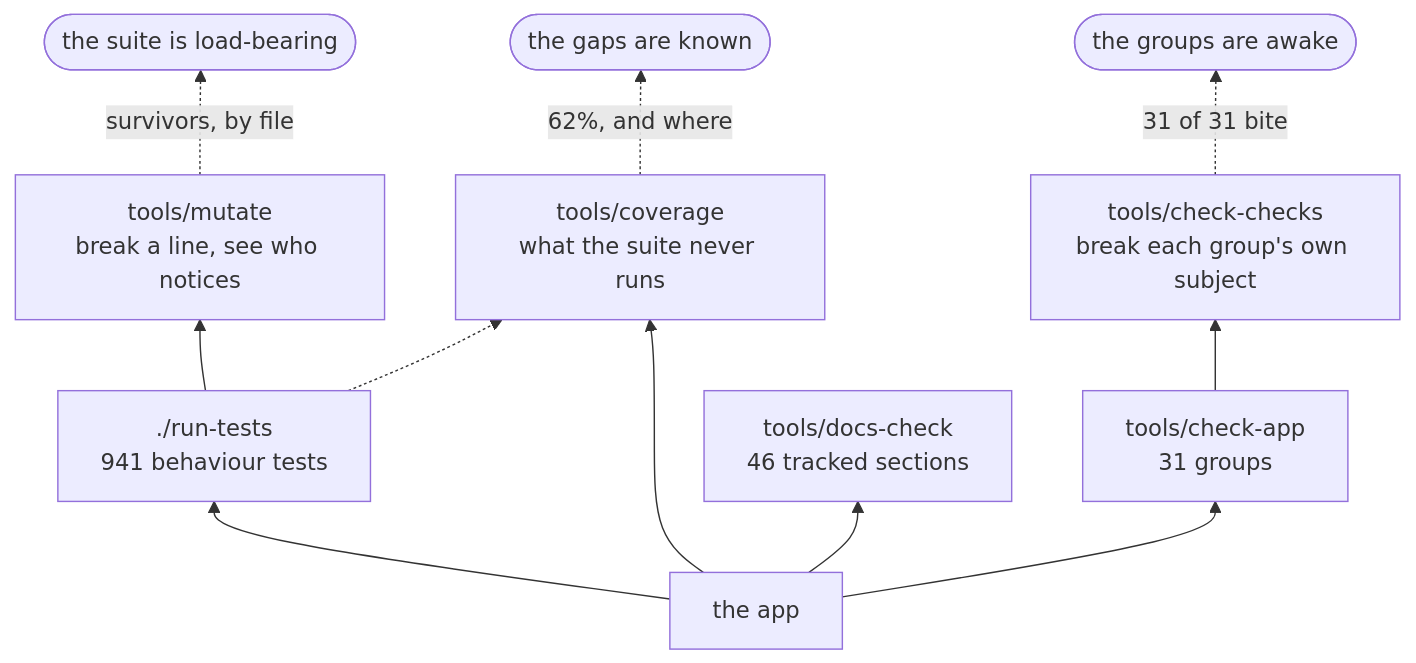
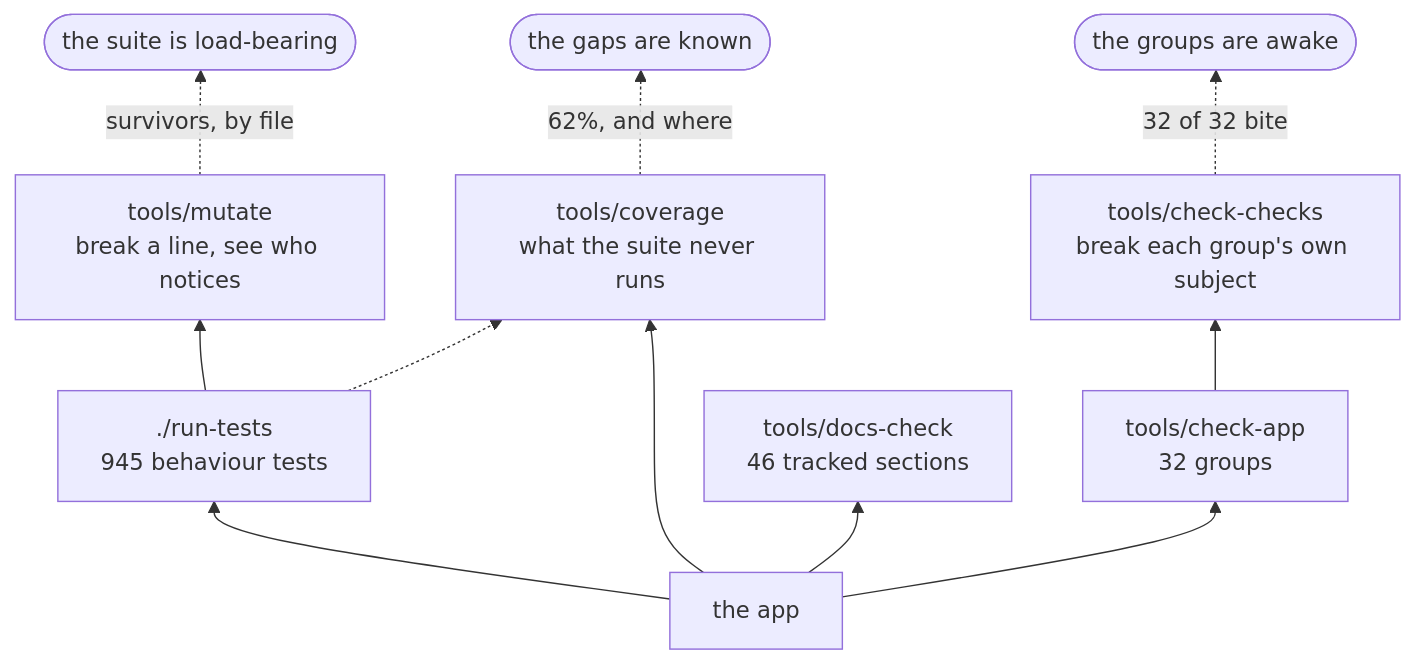
The second of 3 diagrams in docs/DEVELOPING.md (minormending/crystal-pilot-mobile), drawn with Mermaid before and after one commit. The commit also changed other lines of this file and 19 other files, not shown here.

````diff
--- a/docs/DEVELOPING.md
+++ b/docs/DEVELOPING.md
@@ -128,13 +128,13 @@
 ```mermaid
 flowchart BT
-    C["the app"] --> T["./run-tests<br/>941 behaviour tests"]
-    C --> A["tools/check-app<br/>31 groups"]
+    C["the app"] --> T["./run-tests<br/>945 behaviour tests"]
+    C --> A["tools/check-app<br/>32 groups"]
     C --> D["tools/docs-check<br/>46 tracked sections"]
     C --> V["tools/coverage<br/>what the suite never runs"]
     T --> M["tools/mutate<br/>break a line, see who notices"]
     A --> K["tools/check-checks<br/>break each group's own subject"]
     T -.-> V
     M -.->|"survivors, by file"| R(["the suite is load-bearing"])
-    K -.->|"31 of 31 bite"| R2(["the groups are awake"])
+    K -.->|"32 of 32 bite"| R2(["the groups are awake"])
     V -.->|"62%, and where"| R3(["the gaps are known"])
 ```
````
